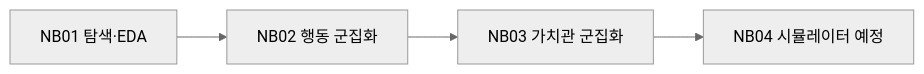
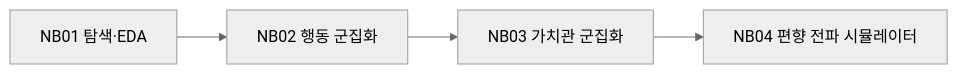
The diagram in README.md (lucytheboss/beyond-demographics-kr), drawn with Mermaid (neutral theme) before and after one commit. The commit also changed other lines of this file and 1 other file, not shown here.

````diff
--- a/README.md
+++ b/README.md
@@ -18,6 +18,6 @@
 ```mermaid
 graph LR
   A[NB01 탐색·EDA] --> B[NB02 행동 군집화]
   B --> C[NB03 가치관 군집화]
-  C --> D[NB04 시뮬레이터 예정]
+  C --> D[NB04 편향 전파 시뮬레이터]
 ```
````
